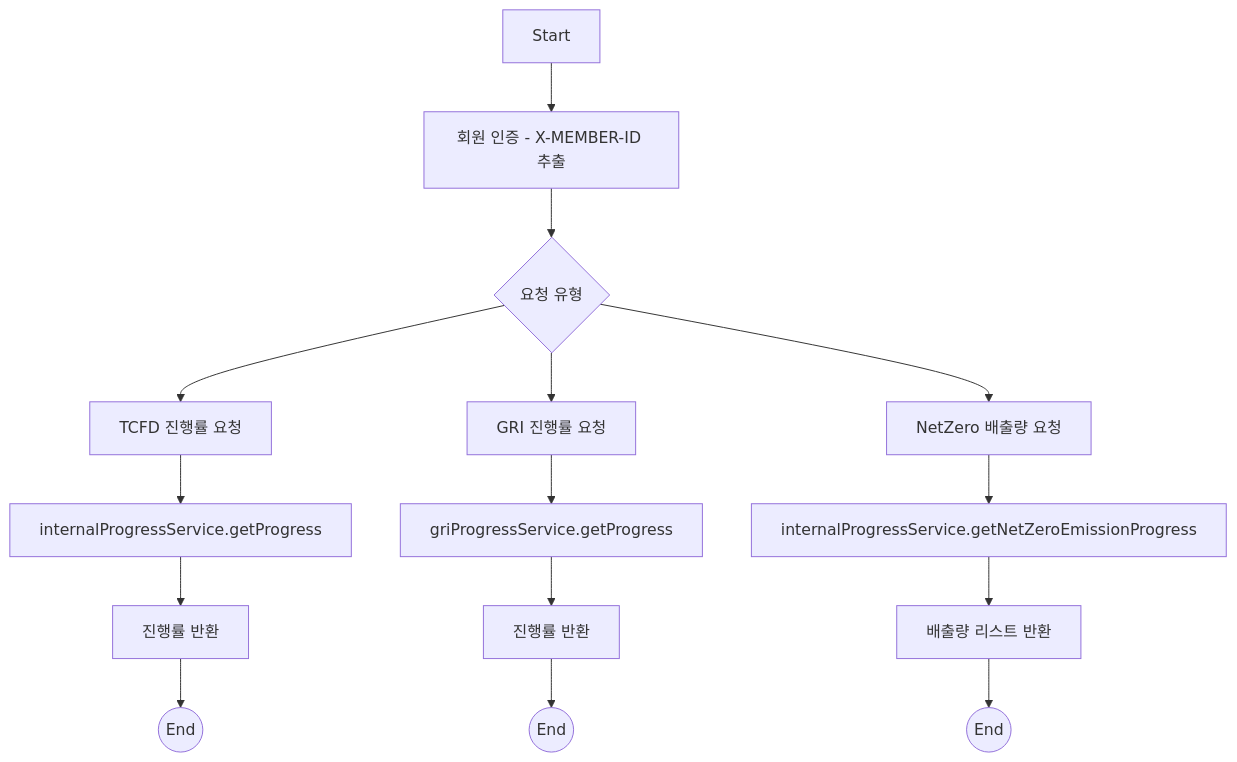
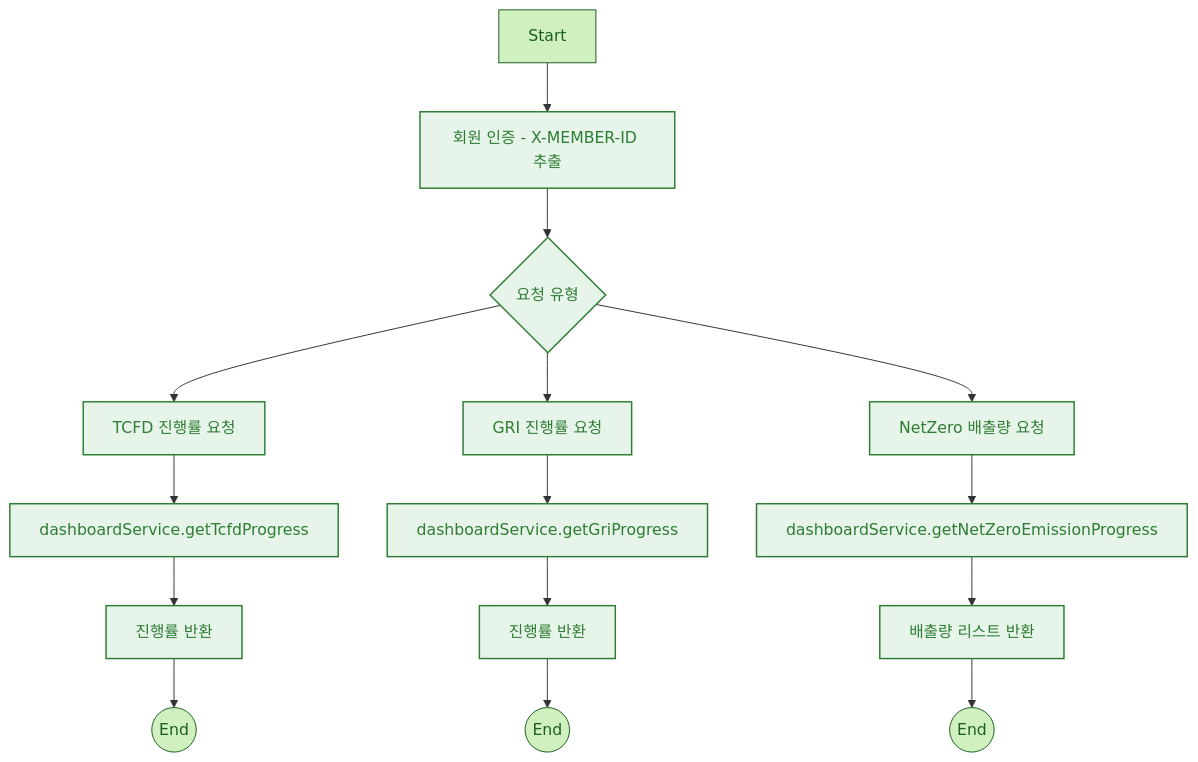
Before and after one commit to NextSpringMysqlMSA/dashboard-service: the diagram in README.md, drawn with Mermaid.

````diff
--- a/README.md
+++ b/README.md
@@ -1,25 +1,33 @@
 ```mermaid
 flowchart TD
-A[Start] --> B[회원 인증 - X-MEMBER-ID 추출]
+    A[Start] --> B[회원 인증 - X-MEMBER-ID 추출]
 
-%% 요청 유형 분기
-B --> C{요청 유형}
+    %% 요청 유형 분기
+    B --> C{요청 유형}
 
-%% TCFD 진행률
-C --> D1[TCFD 진행률 요청]
-D1 --> E1[internalProgressService.getProgress]
-E1 --> F1[진행률 반환]
-F1 --> Z1((End))
+    %% TCFD 진행률
+    C --> D1[TCFD 진행률 요청]
+    D1 --> E1[dashboardService.getTcfdProgress]
+    E1 --> F1[진행률 반환]
+    F1 --> Z1((End))
 
-%% GRI 진행률
-C --> D2[GRI 진행률 요청]
-D2 --> E2[griProgressService.getProgress]
-E2 --> F2[진행률 반환]
-F2 --> Z2((End))
+    %% GRI 진행률
+    C --> D2[GRI 진행률 요청]
+    D2 --> E2[dashboardService.getGriProgress]
+    E2 --> F2[진행률 반환]
+    F2 --> Z2((End))
 
-%% NetZero 배출량
-C --> D3[NetZero 배출량 요청]
-D3 --> E3[internalProgressService.getNetZeroEmissionProgress]
-E3 --> F3[배출량 리스트 반환]
-F3 --> Z3((End))
+    %% NetZero 배출량
+    C --> D3[NetZero 배출량 요청]
+    D3 --> E3[dashboardService.getNetZeroEmissionProgress]
+    E3 --> F3[배출량 리스트 반환]
+    F3 --> Z3((End))
+
+    %% 색상 스타일 정의
+    classDef forest fill:#e6f4ea,stroke:#2e7d32,stroke-width:1.5px,color:#2e7d32;
+    classDef terminal fill:#d0f0c0,stroke:#1b5e20,color:#1b5e20;
+
+    %% 클래스 적용
+    class A,Z1,Z2,Z3 terminal;
+    class B,C,D1,D2,D3,E1,E2,E3,F1,F2,F3 forest;
 ```
````
